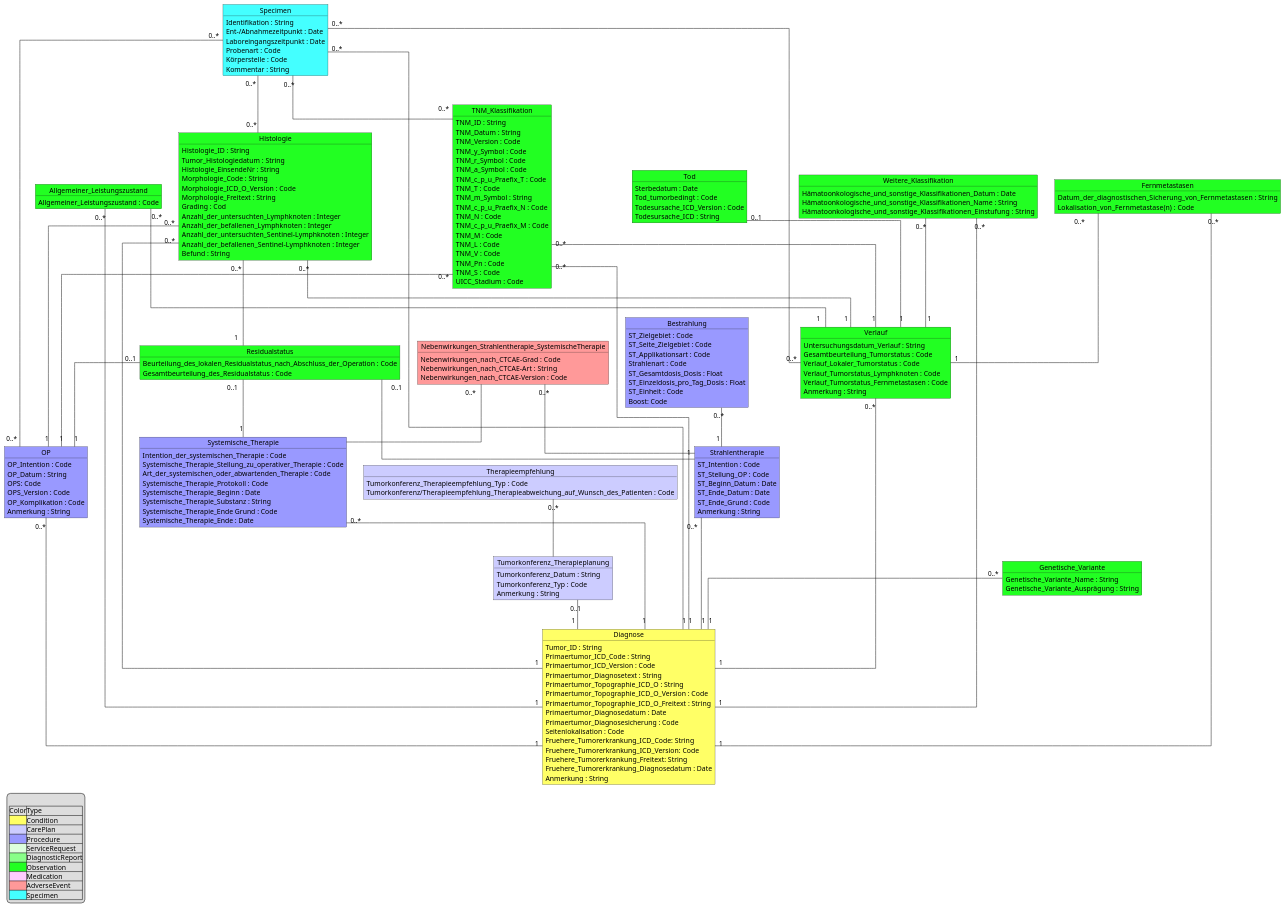
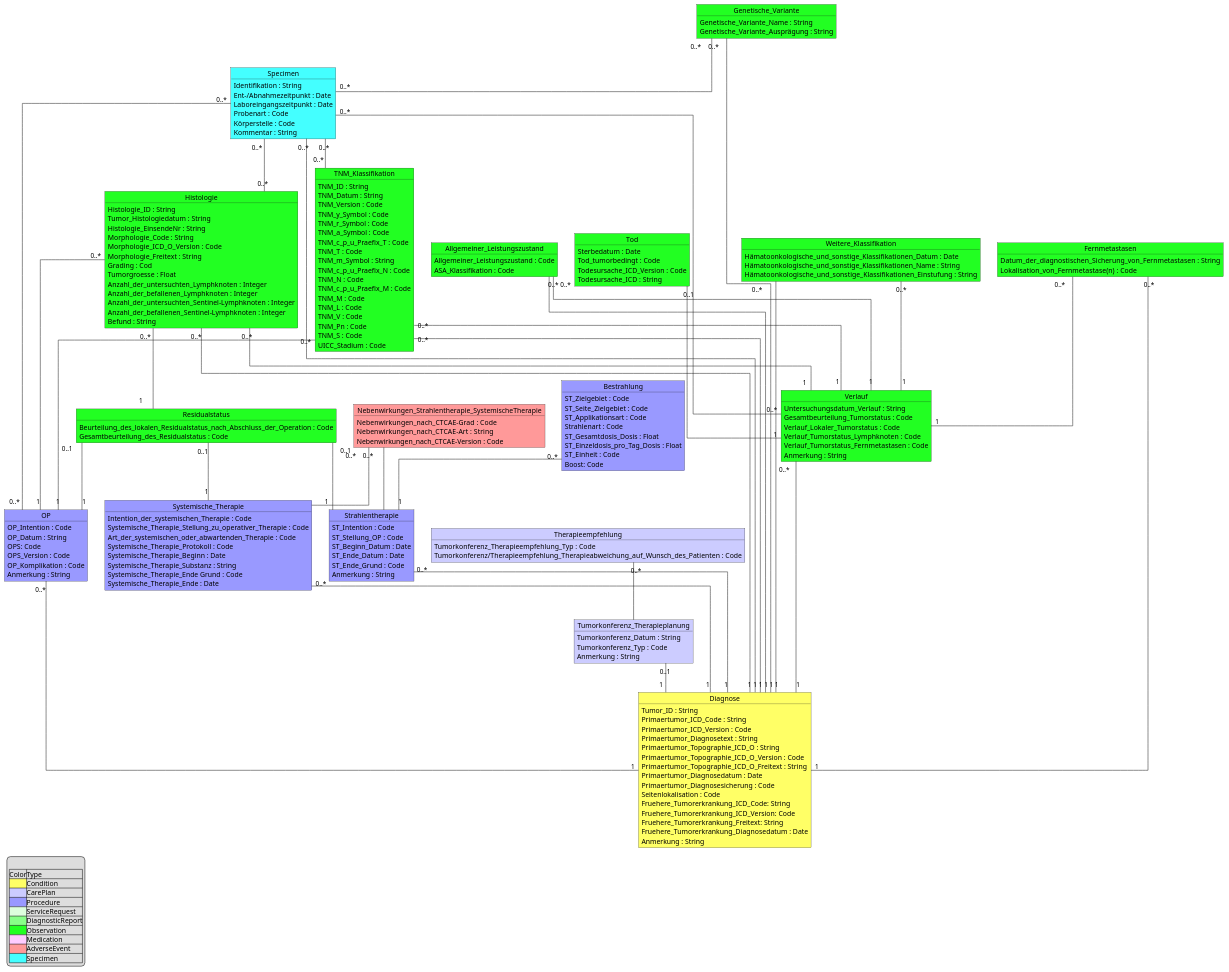
One commit to medizininformatik-initiative/kerndatensatzmodul-onkologie changed the diagram in input/images-source/onco_merged.puml. Above: the diagram before and after it, drawn with PlantUML. The commit also changed 4 other files, not shown here.

First line of the commit message:
feat: Update UML diagrams and add PlantUML auto-rendering workflow

```diff
--- a/input/images-source/onco_merged.puml
+++ b/input/images-source/onco_merged.puml
@@ -25,6 +25,7 @@
 
 object Allgemeiner_Leistungszustand  #22FF22 {
   Allgemeiner_Leistungszustand : Code
+  ASA_Klassifikation : Code
 
 }
 
@@ -116,6 +117,7 @@
   Morphologie_ICD_O_Version : Code
   Morphologie_Freitext : String
   Grading : Cod
+  Tumorgroesse : Float
   Anzahl_der_untersuchten_Lymphknoten : Integer
   Anzahl_der_befallenen_Lymphknoten : Integer
   Anzahl_der_untersuchten_Sentinel-Lymphknoten : Integer
@@ -214,6 +216,7 @@
 Residualstatus "0..1" -- "1" Systemische_Therapie
 Tumorkonferenz_Therapieplanung "0..1" -- "1" Diagnose
 Genetische_Variante "0..*" -- "1" Diagnose
+Genetische_Variante "0..*" -- "0..*" Specimen
 
 legend left
 
```
